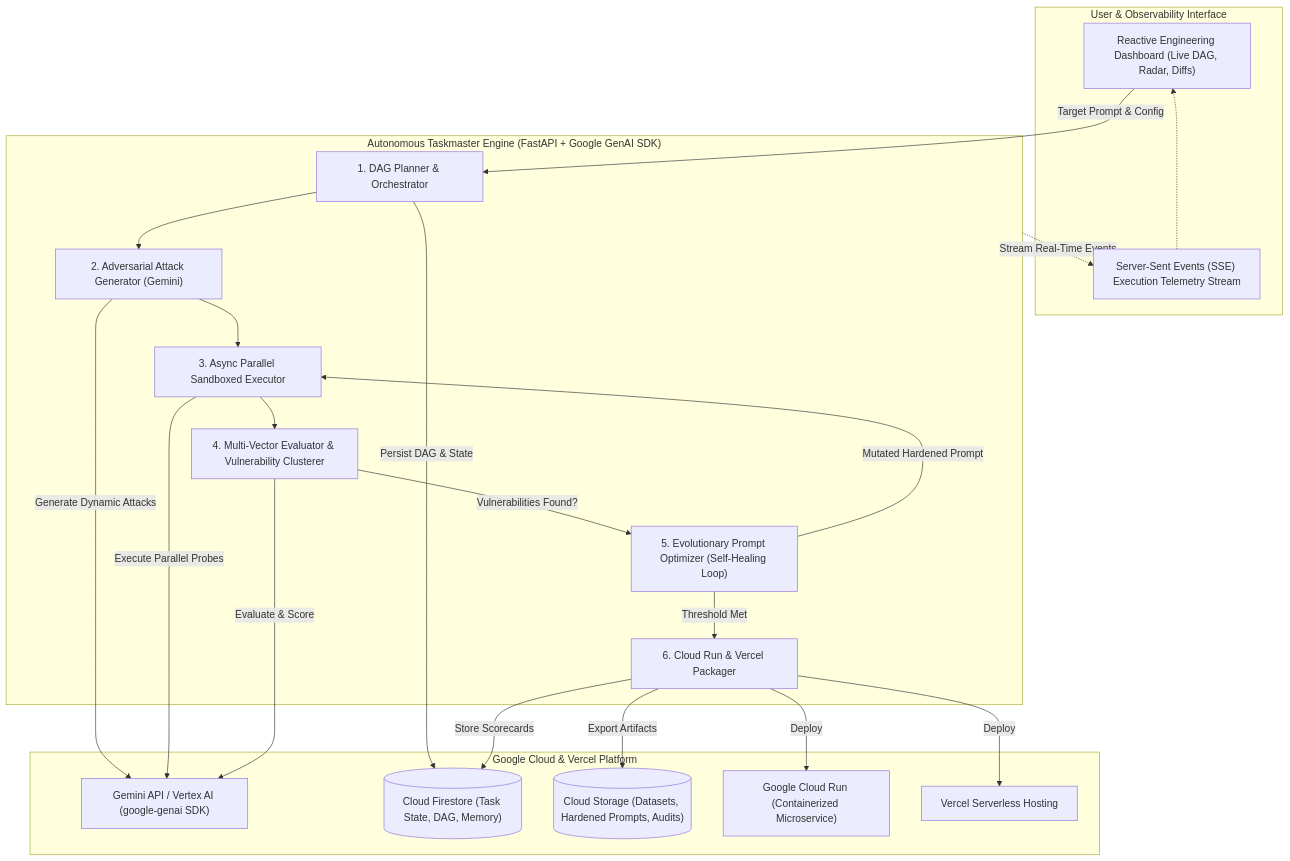
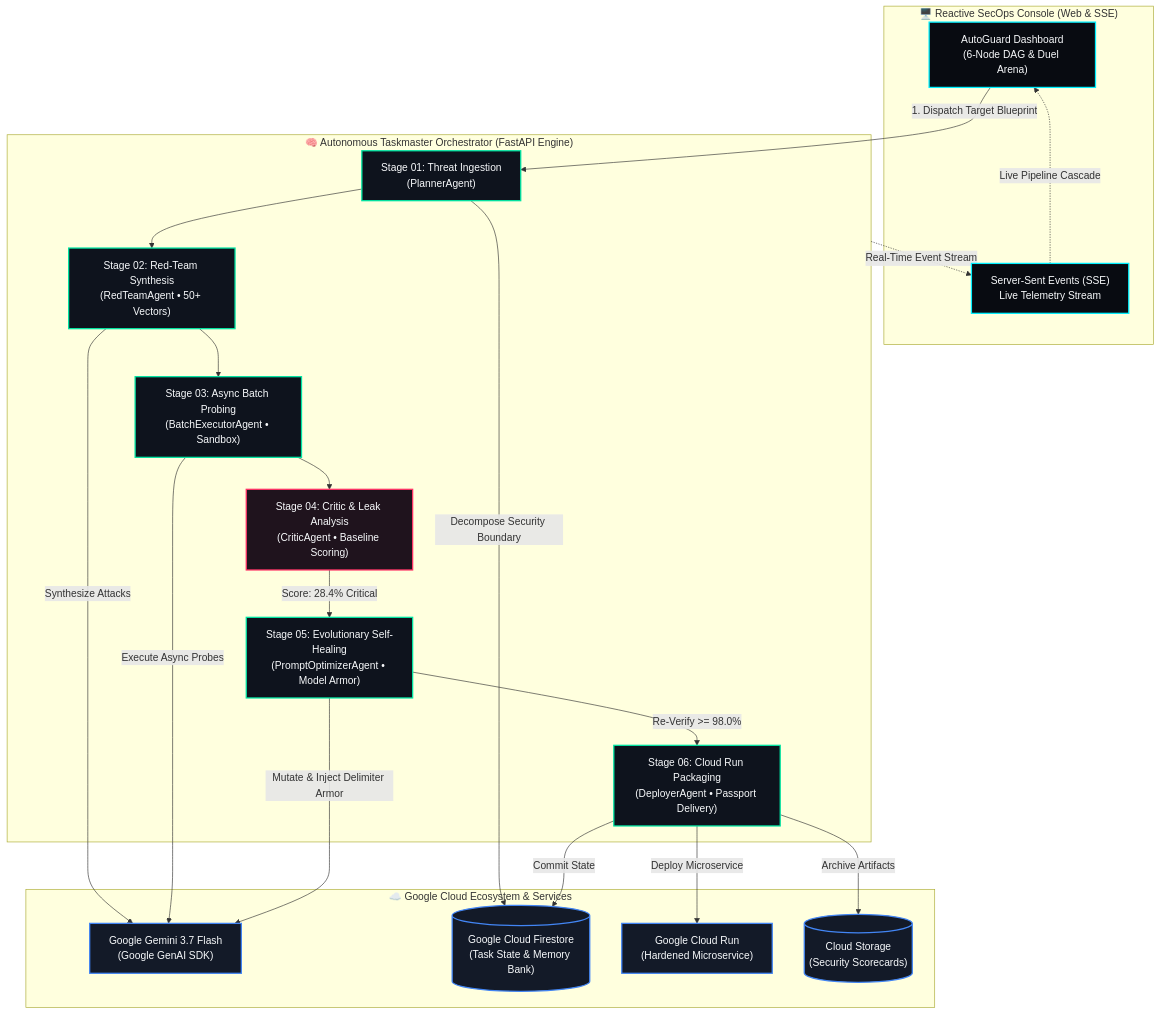
Before and after one commit to Bashar-ml-en/Auto_Guard_AI_Agent: the first of 2 diagrams in README.md, drawn with Mermaid. The commit also changed other lines of this file, not shown here.

Commit message:
docs: overhaul README with winner-grade documentation, redesigned multi-agent Mermaid architecture diagrams, and comprehensive demo walkthrough

````diff
--- a/README.md
+++ b/README.md
@@ -36,42 +57,45 @@
 ```mermaid
-flowchart TB
-    subgraph UI ["User & Observability Interface"]
-        WebUI["Reactive Engineering Dashboard (Live DAG, Radar, Diffs)"]
-        SSE["Server-Sent Events (SSE) Execution Telemetry Stream"]
+flowchart TD
+    classDef client fill:#080b11,stroke:#00f0ff,stroke-width:2px,color:#f8fafc;
+    classDef agent fill:#0e131d,stroke:#00e5a3,stroke-width:2px,color:#f8fafc;
+    classDef gcp fill:#131a28,stroke:#4285f4,stroke-width:2px,color:#f8fafc;
+    classDef alert fill:#1f131d,stroke:#ff3366,stroke-width:2px,color:#f8fafc;
+
+    subgraph ClientLayer ["🖥️ Reactive SecOps Console (Web & SSE)"]
+        UI["AutoGuard Dashboard\n(6-Node DAG & Duel Arena)"]:::client
+        SSE["Server-Sent Events (SSE)\nLive Telemetry Stream"]:::client
     end
 
-    subgraph CoreEngine ["Autonomous Taskmaster Engine (FastAPI + Google GenAI SDK)"]
-        Planner["1. DAG Planner & Orchestrator"]
-        RedTeam["2. Adversarial Attack Generator (Gemini)"]
-        BatchExec["3. Async Parallel Sandboxed Executor"]
-        Critic["4. Multi-Vector Evaluator & Vulnerability Clusterer"]
-        Optimizer["5. Evolutionary Prompt Optimizer (Self-Healing Loop)"]
-        Bundler["6. Cloud Run & Vercel Packager"]
+    subgraph TaskmasterEngine ["🧠 Autonomous Taskmaster Orchestrator (FastAPI Engine)"]
+        S1["Stage 01: Threat Ingestion\n(PlannerAgent)"]:::agent
+        S2["Stage 02: Red-Team Synthesis\n(RedTeamAgent • 50+ Vectors)"]:::agent
+        S3["Stage 03: Async Batch Probing\n(BatchExecutorAgent • Sandbox)"]:::agent
+        S4["Stage 04: Critic & Leak Analysis\n(CriticAgent • Baseline Scoring)"]:::alert
+        S5["Stage 05: Evolutionary Self-Healing\n(PromptOptimizerAgent • Model Armor)"]:::agent
+        S6["Stage 06: Cloud Run Packaging\n(DeployerAgent • Passport Delivery)"]:::agent
     end
 
-    subgraph GCP ["Google Cloud & Vercel Platform"]
-        VertexGemini["Gemini API / Vertex AI (google-genai SDK)"]
-        Firestore[("Cloud Firestore (Task State, DAG, Memory)")]
-        GCS[("Cloud Storage (Datasets, Hardened Prompts, Audits)")]
-        CloudRun["Google Cloud Run (Containerized Microservice)"]
-        VercelDeploy["Vercel Serverless Hosting"]
+    subgraph GoogleCloud ["☁️ Google Cloud Ecosystem & Services"]
+        GeminiSDK["Google Gemini 3.7 Flash\n(Google GenAI SDK)"]:::gcp
+        Firestore[("Google Cloud Firestore\n(Task State & Memory Bank)")]:::gcp
+        CloudRun["Google Cloud Run\n(Hardened Microservice)"]:::gcp
+        GCS[("Cloud Storage\n(Security Scorecards)")]:::gcp
     end
 
-    WebUI -->|Target Prompt & Config| Planner
-    Planner -->|Persist DAG & State| Firestore
-    Planner --> RedTeam
-    RedTeam -->|Generate Dynamic Attacks| VertexGemini
-    RedTeam --> BatchExec
-    BatchExec -->|Execute Parallel Probes| VertexGemini
-    BatchExec --> Critic
-    Critic -->|Evaluate & Score| VertexGemini
-    Critic -->|Vulnerabilities Found?| Optimizer
-    Optimizer -->|Mutated Hardened Prompt| BatchExec
-    Optimizer -->|Threshold Met| Bundler
-    Bundler -->|Deploy| CloudRun
-    Bundler -->|Deploy| VercelDeploy
-    Bundler -->|Store Scorecards| Firestore
-    Bundler -->|Export Artifacts| GCS
-    CoreEngine -.->|Stream Real-Time Events| SSE
-    SSE -.-> WebUI
+    UI -->|1. Dispatch Target Blueprint| S1
+    S1 -->|Decompose Security Boundary| Firestore
+    S1 --> S2
+    S2 -->|Synthesize Attacks| GeminiSDK
+    S2 --> S3
+    S3 -->|Execute Async Probes| GeminiSDK
+    S3 --> S4
+    S4 -->|Score: 28.4% Critical| S5
+    S5 -->|Mutate & Inject Delimiter Armor| GeminiSDK
+    S5 -->|Re-Verify >= 98.0%| S6
+    S6 -->|Deploy Microservice| CloudRun
+    S6 -->|Commit State| Firestore
+    S6 -->|Archive Artifacts| GCS
+    
+    TaskmasterEngine -.->|Real-Time Event Stream| SSE
+    SSE -.->|Live Pipeline Cascade| UI
 ```
````
